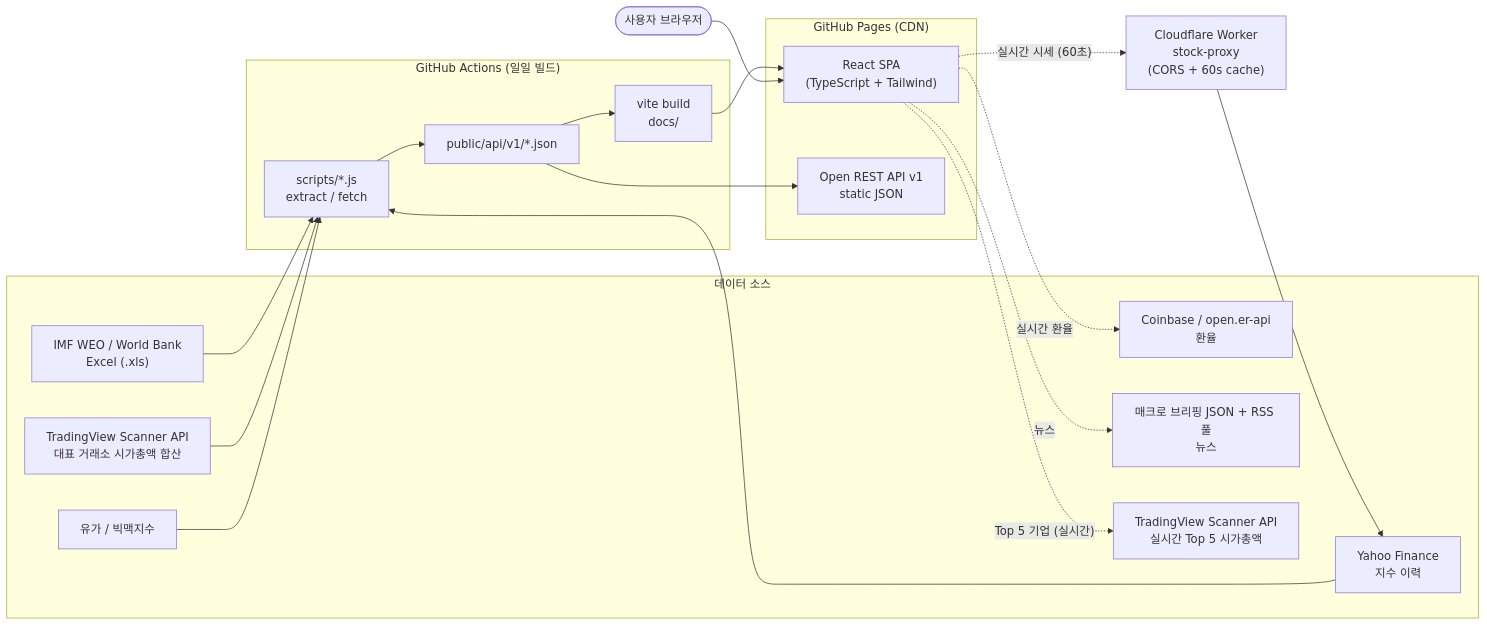
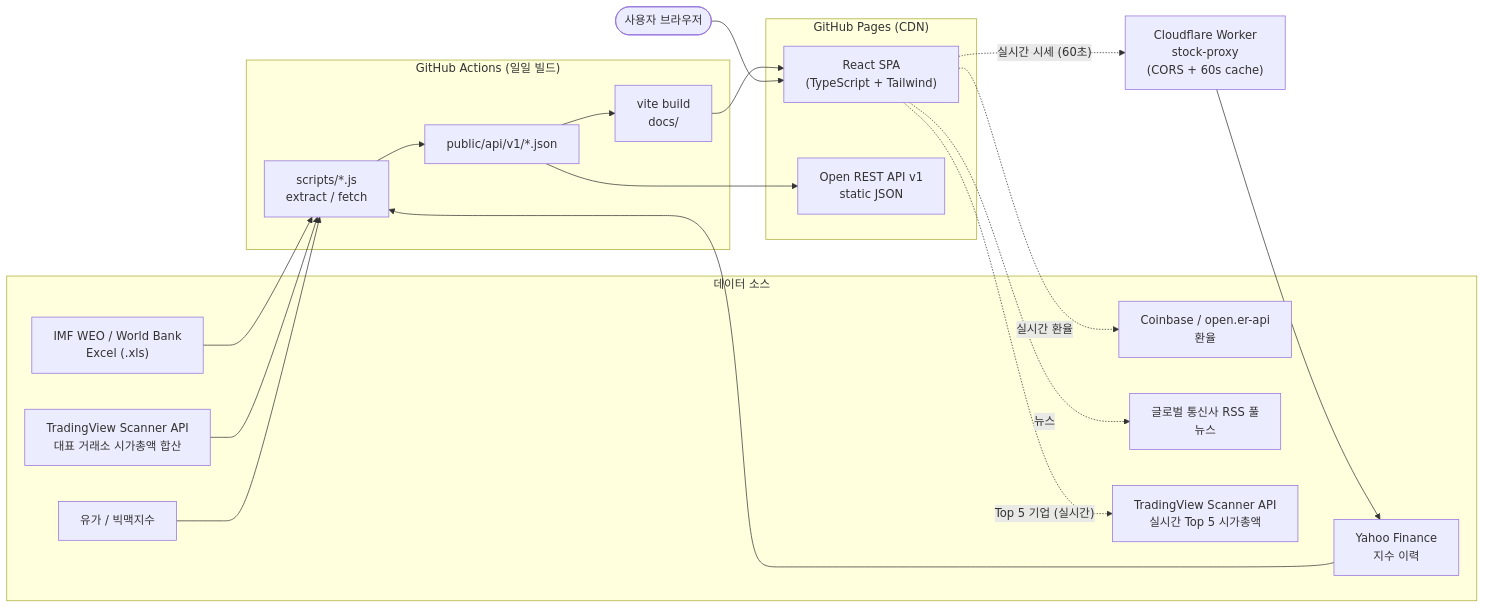
Before and after one commit to silverogic/geonomics: the diagram in README.ko.md, drawn with Mermaid. The commit also changed 11 other files, not shown here.

````diff
--- a/README.ko.md
+++ b/README.ko.md
@@ -117,40 +117,40 @@
 ```mermaid
 flowchart LR
   subgraph SRC["데이터 소스"]
     S1["IMF WEO / World Bank<br/>Excel (.xls)"]
     S2["Yahoo Finance<br/>지수 이력"]
     S3["TradingView Scanner API<br/>대표 거래소 시가총액 합산"]
     S4["유가 / 빅맥지수"]
     S5["Coinbase / open.er-api<br/>환율"]
-    S6["매크로 브리핑 JSON + RSS 풀<br/>뉴스"]
+    S6["글로벌 통신사 RSS 풀<br/>뉴스"]
     S7["TradingView Scanner API<br/>실시간 Top 5 시가총액"]
   end
 
   subgraph CI["GitHub Actions (일일 빌드)"]
     P1["scripts/*.js<br/>extract / fetch"]
     P2["public/api/v1/*.json"]
     P3["vite build<br/>docs/"]
   end
 
   subgraph HOST["GitHub Pages (CDN)"]
     WEB["React SPA<br/>(TypeScript + Tailwind)"]
     API["Open REST API v1<br/>static JSON"]
   end
 
   W["Cloudflare Worker<br/>stock-proxy<br/>(CORS + 60s cache)"]
   U(["사용자 브라우저"])
 
   S1 --> P1
   S2 --> P1
   S3 --> P1
   S4 --> P1
   P1 --> P2 --> P3 --> WEB
   P2 --> API
 
   U --> WEB
   WEB -. "실시간 시세 (60초)" .-> W
   W --> S2
   WEB -. "실시간 환율" .-> S5
   WEB -. "뉴스" .-> S6
   WEB -. "Top 5 기업 (실시간)" .-> S7
 ```
````
